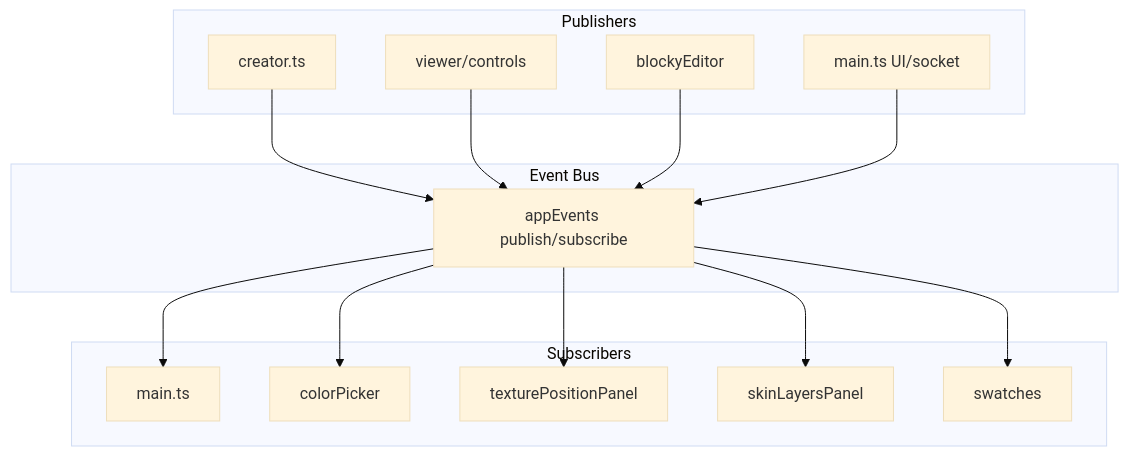
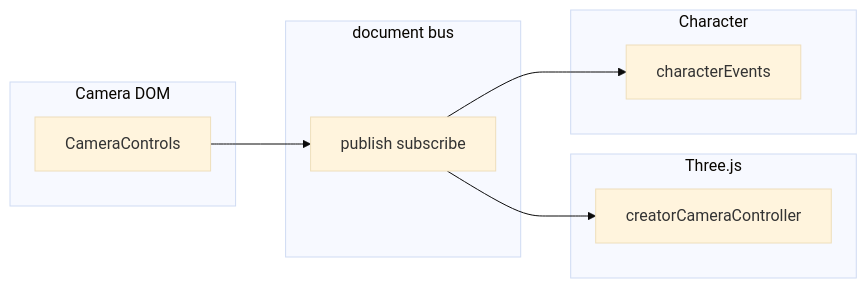
The diagram in docs/concepts/EVENT-SYSTEM.md (lynnvfrank/minecraft-character-editor), drawn with Mermaid (base theme) before and after one commit. The commit also changed other lines of this file and 25 other files, not shown here.

Commit message:
Refactored to pub-sub instead of the global event system

````diff
--- a/docs/concepts/EVENT-SYSTEM.md
+++ b/docs/concepts/EVENT-SYSTEM.md
@@ -48,32 +39,18 @@
 ```mermaid
-flowchart TB
-  subgraph publishers [Publishers]
-    creator[creator.ts]
-    controls[viewer/controls]
-    blocky[blockyEditor]
-    mainPub[main.ts UI/socket]
+flowchart LR
+  subgraph cam [Camera DOM]
+    CC[CameraControls]
   end
-
-  subgraph bus [Event Bus]
-    AE[appEvents publish/subscribe]
+  subgraph bus [document bus]
+    AE[publish subscribe]
   end
-
-  subgraph subscribers [Subscribers]
-    mainSub[main.ts]
-    colorPicker[colorPicker]
-    texturePanel[texturePositionPanel]
-    skinLayers[skinLayersPanel]
-    swatches[swatches]
+  subgraph three [Three.js]
+    CCC[creatorCameraController]
   end
-
-  creator --> AE
-  controls --> AE
-  blocky --> AE
-  mainPub --> AE
-
-  AE --> mainSub
-  AE --> colorPicker
-  AE --> texturePanel
-  AE --> skinLayers
-  AE --> swatches
+  subgraph char [Character]
+    CE[characterEvents]
+  end
+  CC --> AE
+  AE --> CCC
+  AE --> CE
 ```
````
